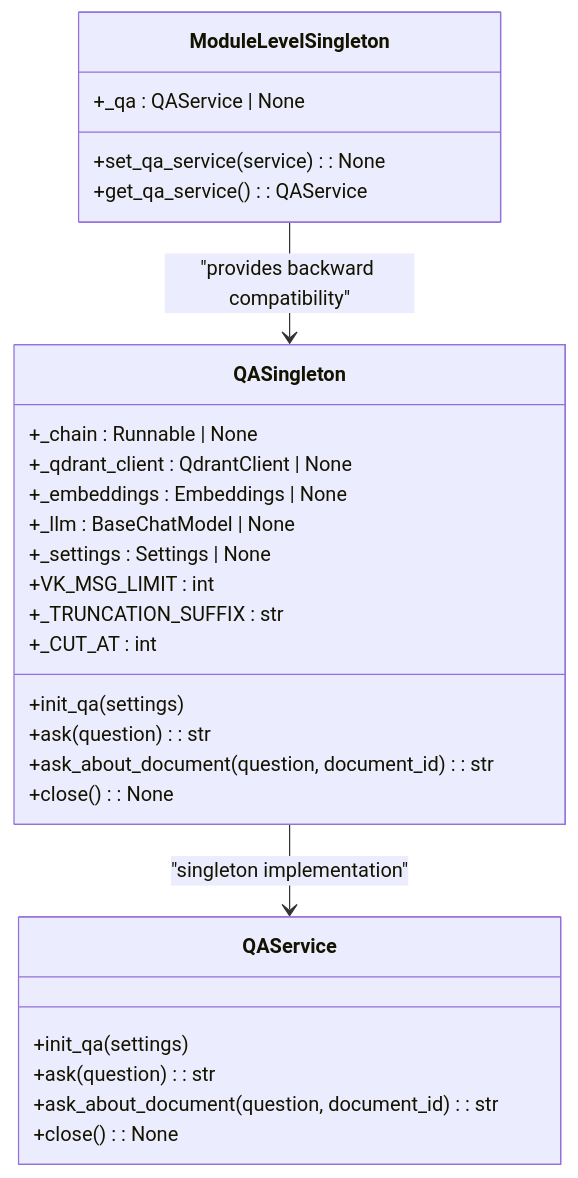
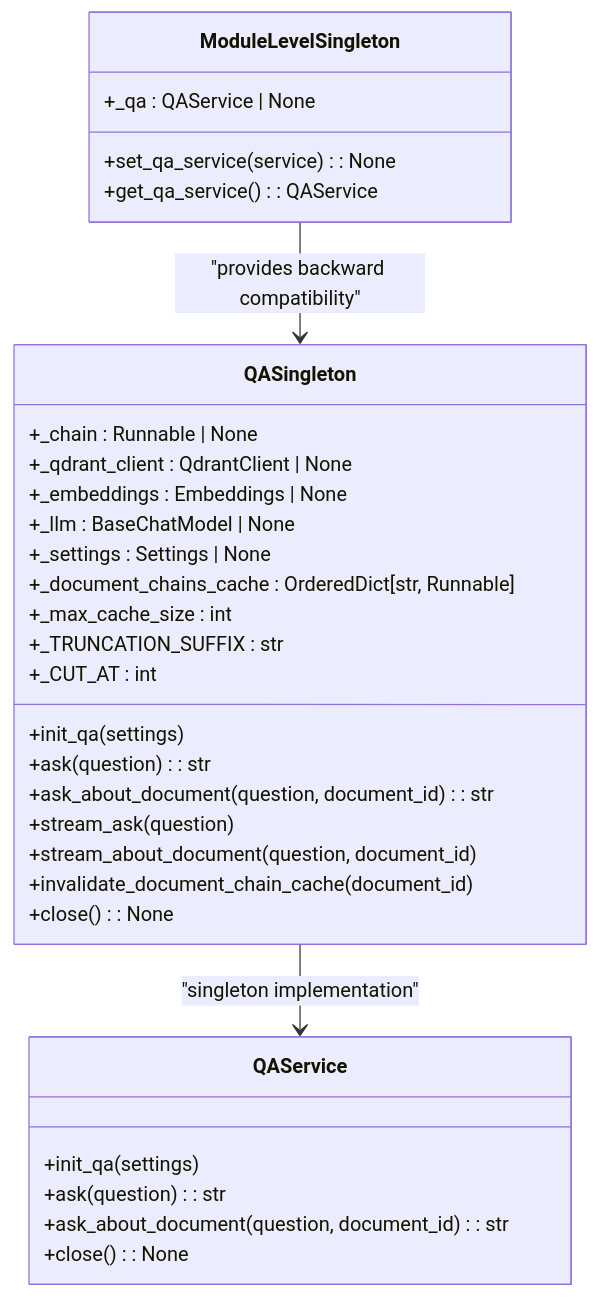
The fifth of 5 diagrams in .qoder/repowiki/en/content/RAG Integration/RAG Integration.md (ognelis/cafetera_hr_bot), drawn with Mermaid before and after one commit. The commit also changed other lines of this file and 13 other files, not shown here.

````diff
--- a/.qoder/repowiki/en/content/RAG Integration/RAG Integration.md
+++ b/.qoder/repowiki/en/content/RAG Integration/RAG Integration.md
@@ -1012,30 +503,34 @@
 ```mermaid
 classDiagram
 class QASingleton {
 +_chain : Runnable | None
 +_qdrant_client : QdrantClient | None
 +_embeddings : Embeddings | None
 +_llm : BaseChatModel | None
 +_settings : Settings | None
-+VK_MSG_LIMIT : int
++_document_chains_cache : OrderedDict[str, Runnable]
++_max_cache_size : int
 +_TRUNCATION_SUFFIX : str
 +_CUT_AT : int
 +init_qa(settings)
 +ask(question) : str
 +ask_about_document(question, document_id) : str
++stream_ask(question)
++stream_about_document(question, document_id)
++invalidate_document_chain_cache(document_id)
 +close() : None
 }
 class ModuleLevelSingleton {
 +_qa : QAService | None
 +set_qa_service(service) : None
 +get_qa_service() : QAService
 }
 class QAService {
 +init_qa(settings)
 +ask(question) : str
 +ask_about_document(question, document_id) : str
 +close() : None
 }
 QASingleton --> QAService : "singleton implementation"
 ModuleLevelSingleton --> QASingleton : "provides backward compatibility"
 ```
````
